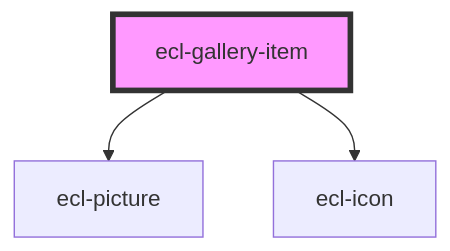
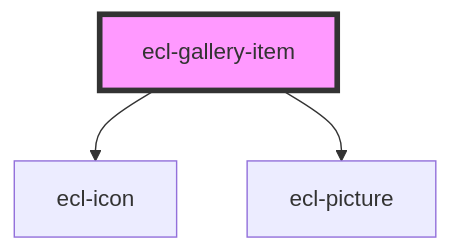
One commit to ec-europa/ecl-webcomponents changed the diagram in src/components/ecl-gallery/readme.md. Above: the diagram before and after it, drawn with Mermaid. The commit also changed other lines of this file and 6 other files, not shown here.

````diff
--- a/src/components/ecl-gallery/readme.md
+++ b/src/components/ecl-gallery/readme.md
@@ -34,6 +35,6 @@
 ```mermaid
 graph TD;
+  ecl-gallery-item --> ecl-icon
   ecl-gallery-item --> ecl-picture
-  ecl-gallery-item --> ecl-icon
   style ecl-gallery-item fill:#f9f,stroke:#333,stroke-width:4px
 ```
````
